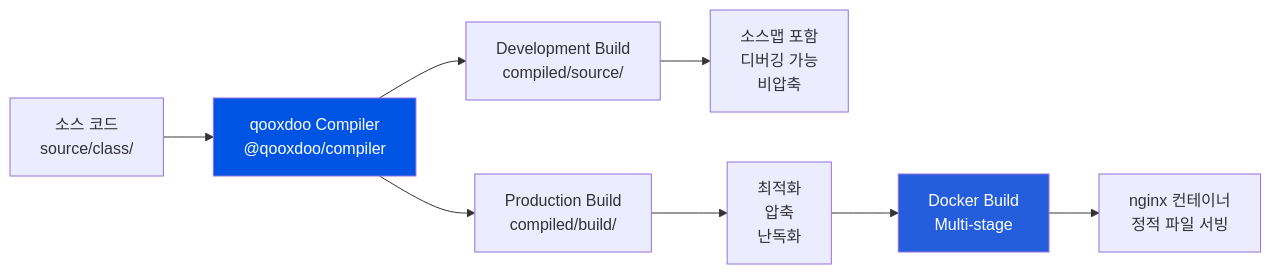
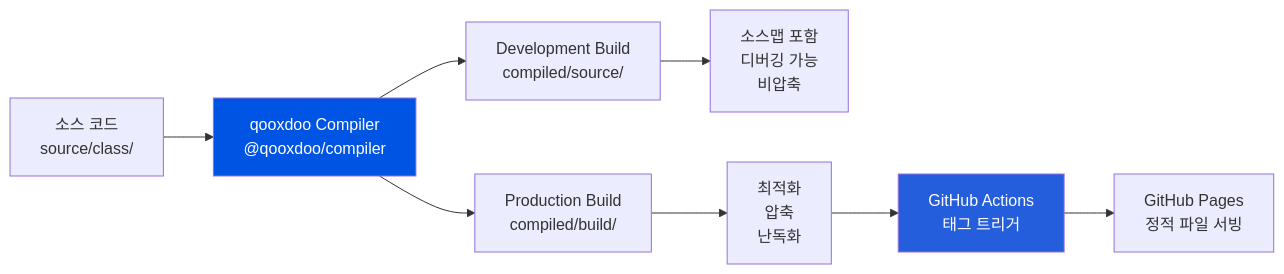
Before and after one commit to psmon/DeskWeb: diagram 11 of 11 in deskweb/ARCHITECTURE.md, drawn with Mermaid. The commit also changed other lines of this file and 13 other files, not shown here.

````diff
--- a/deskweb/ARCHITECTURE.md
+++ b/deskweb/ARCHITECTURE.md
@@ -1441,16 +1435,16 @@
 ```mermaid
 graph LR
     A[소스 코드<br/>source/class/] --> B[qooxdoo Compiler<br/>@qooxdoo/compiler]
 
     B --> C1[Development Build<br/>compiled/source/]
     B --> C2[Production Build<br/>compiled/build/]
 
     C1 --> D1[소스맵 포함<br/>디버깅 가능<br/>비압축]
     C2 --> D2[최적화<br/>압축<br/>난독화]
 
-    D2 --> E[Docker Build<br/>Multi-stage]
-    E --> F[nginx 컨테이너<br/>정적 파일 서빙]
+    D2 --> E[GitHub Actions<br/>태그 트리거]
+    E --> F[GitHub Pages<br/>정적 파일 서빙]
 
     style B fill:#0054E3,color:#fff
     style E fill:#245EDC,color:#fff
 ```
````
